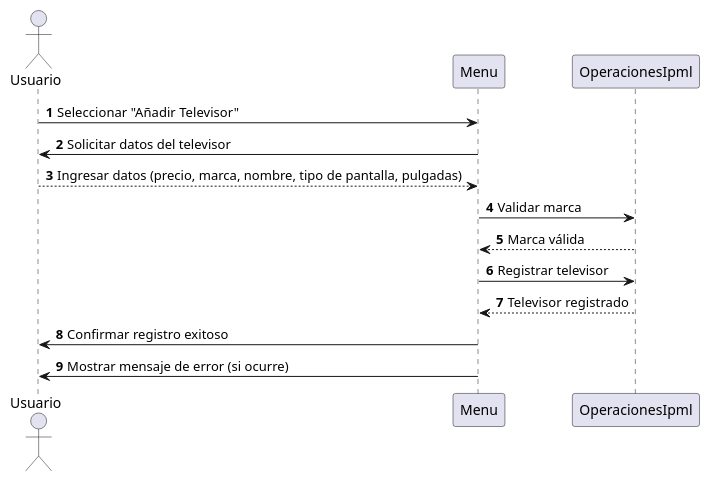
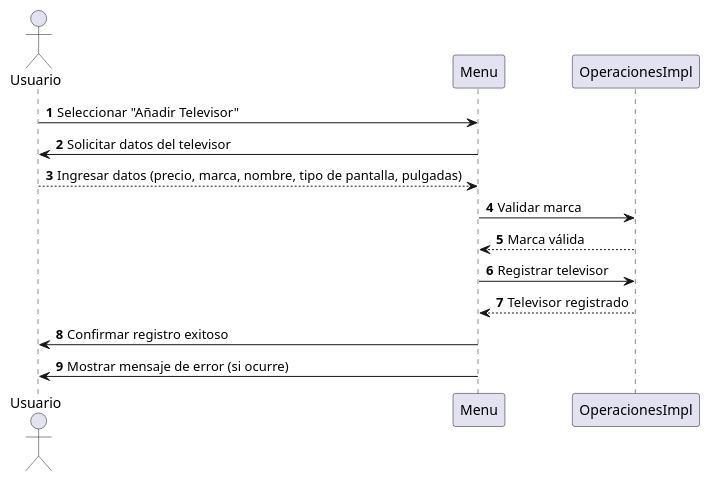
One commit to Gabriel28112005/GabrielPenaPractica2DOO changed the diagram in src/umlDiagram/DiagramaSecuenciaAnadirTelevisor.puml. Above: the diagram before and after it, drawn with PlantUML.

Commit message:
Commit final4

```diff
--- a/src/umlDiagram/DiagramaSecuenciaAnadirTelevisor.puml
+++ b/src/umlDiagram/DiagramaSecuenciaAnadirTelevisor.puml
@@ -1,21 +1,21 @@
 @startuml
 autonumber
 
 actor Usuario as user
 participant "Menu" as menu
-participant "OperacionesIpml" as operaciones
+participant "OperacionesImpl" as operaciones
 
 user -> menu: Seleccionar "Añadir Televisor"
 menu -> user: Solicitar datos del televisor
 user --> menu: Ingresar datos (precio, marca, nombre, tipo de pantalla, pulgadas)
 
 menu -> operaciones: Validar marca
 operaciones --> menu: Marca válida
 
 menu -> operaciones: Registrar televisor
 operaciones --> menu: Televisor registrado
 
 menu -> user: Confirmar registro exitoso
 menu -> user: Mostrar mensaje de error (si ocurre)
 
 @enduml
```
